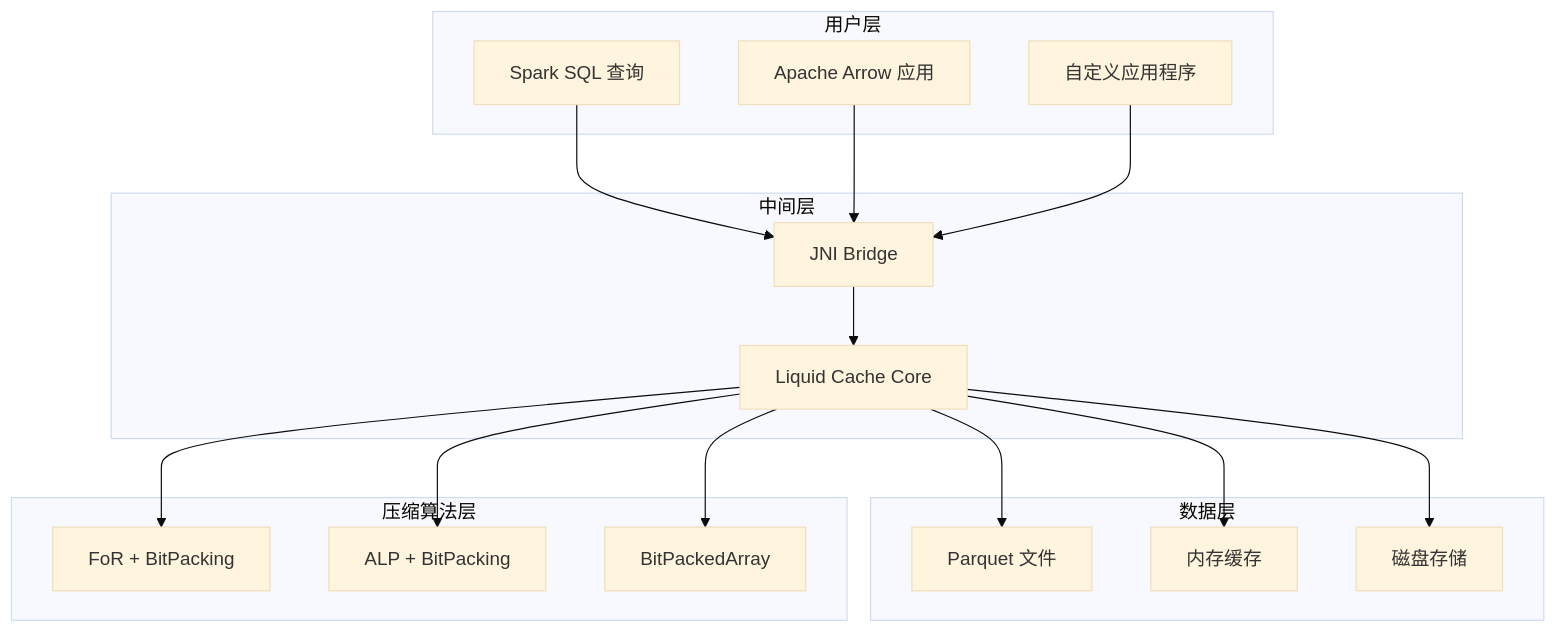
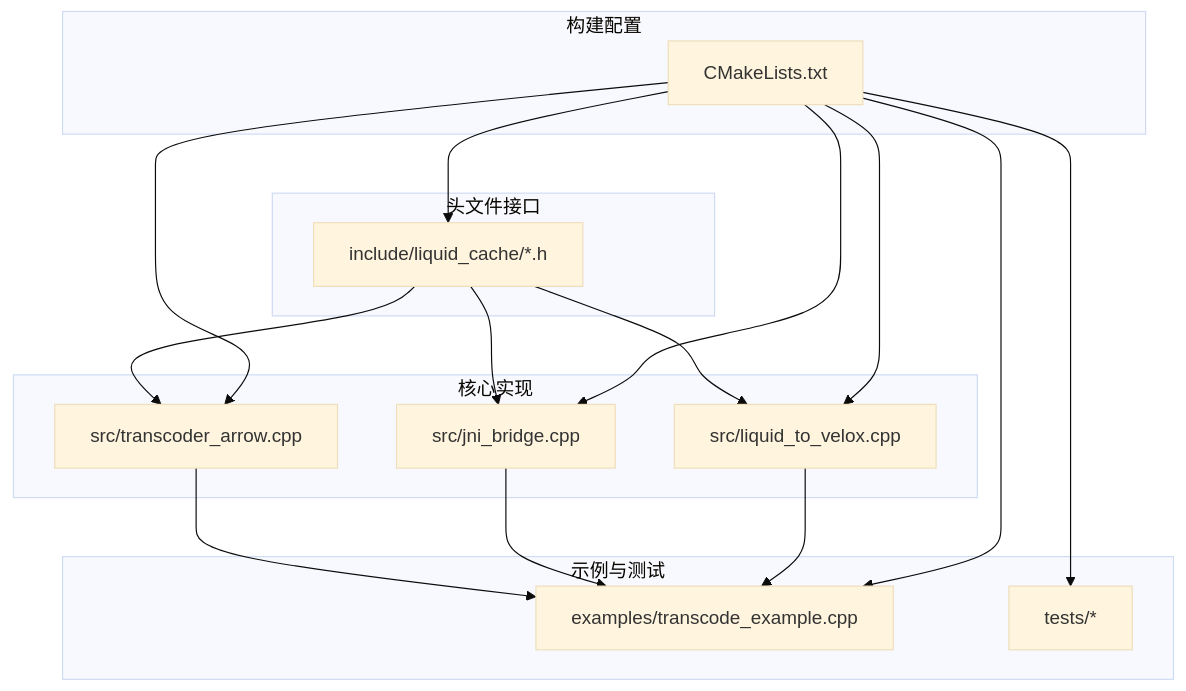
The first of 7 diagrams in .qoder/repowiki/zh/content/项目概述.md (tenglei/liquidCacheVelox), drawn with Mermaid (base theme) before and after one commit. The commit also changed other lines of this file and 324 other files, not shown here.

First line of the commit message:
feat: Velox integration - liquid_velox_benchmark, liquid_to_velox, tests, and build artifacts

````diff
--- a/.qoder/repowiki/zh/content/项目概述.md
+++ b/.qoder/repowiki/zh/content/项目概述.md
@@ -161,32 +49,30 @@
 ```mermaid
 graph TB
-subgraph "用户层"
-A[Spark SQL 查询]
-B[Apache Arrow 应用]
-C[自定义应用程序]
+subgraph "头文件接口"
+A["include/liquid_cache/*.h"]
 end
-subgraph "中间层"
-D[JNI Bridge]
-E[Liquid Cache Core]
+subgraph "核心实现"
+B["src/transcoder_arrow.cpp"]
+C["src/jni_bridge.cpp"]
+D["src/liquid_to_velox.cpp"]
 end
-subgraph "数据层"
-F[Parquet 文件]
-G[内存缓存]
-H[磁盘存储]
+subgraph "示例与测试"
+E["examples/transcode_example.cpp"]
+F["tests/*"]
 end
-subgraph "压缩算法层"
-I[FoR + BitPacking]
-J[ALP + BitPacking]
-K[BitPackedArray]
+subgraph "构建配置"
+G["CMakeLists.txt"]
 end
+A --> B
+A --> C
 A --> D
-B --> D
-C --> D
+B --> E
+C --> E
 D --> E
-E --> F
-E --> G
-E --> H
-E --> I
-E --> J
-E --> K
+G --> A
+G --> B
+G --> C
+G --> D
+G --> E
+G --> F
 ```
````
